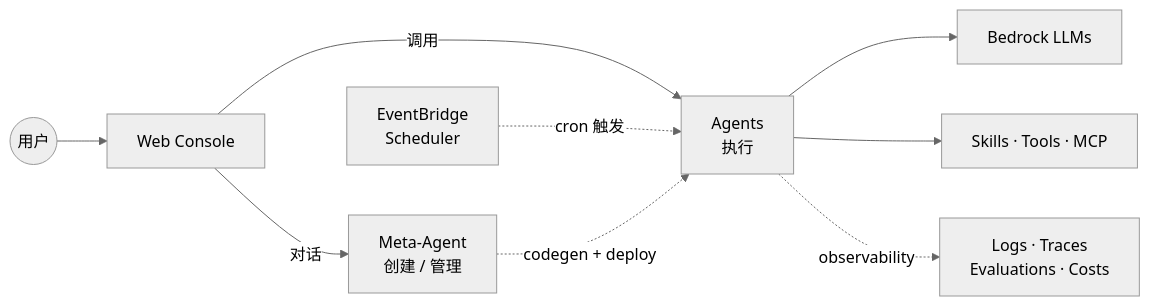
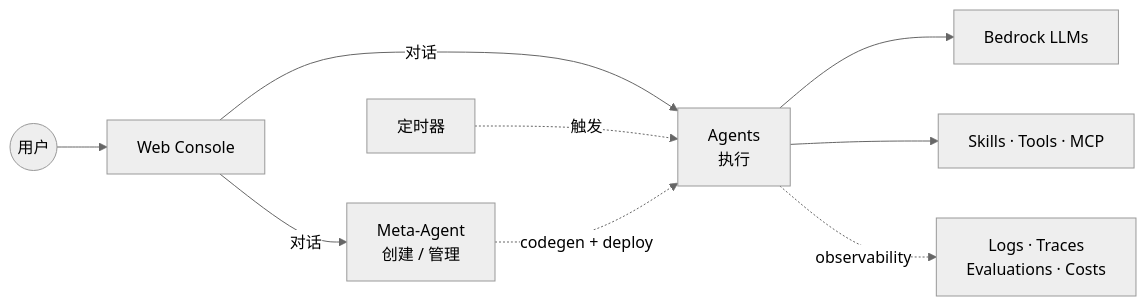
One commit to ddpie/agent-studio changed the first of 2 diagrams in README.md. Above: the diagram before and after it, drawn with Mermaid (neutral theme). The commit also changed other lines of this file, not shown here.

Commit message:
docs(readme): abstract Scheduler to '定时器', unify Web→Agents as chat

````diff
--- a/README.md
+++ b/README.md
@@ -19,12 +19,12 @@
 ```mermaid
 graph LR
     User((用户)) --> Web[Web Console]
-    EB[EventBridge<br/>Scheduler]
+    Cron[定时器]
     Web -->|对话| Meta[Meta-Agent<br/>创建 / 管理]
-    Web -->|调用| Agents[Agents<br/>执行]
-    EB -.cron 触发.-> Agents
+    Web -->|对话| Agents[Agents<br/>执行]
+    Cron -.触发.-> Agents
     Meta -.codegen + deploy.-> Agents
     Agents --> LLM[Bedrock LLMs]
     Agents --> Ext[Skills · Tools · MCP]
     Agents -.observability.-> Obs[Logs · Traces<br/>Evaluations · Costs]
 ```
````
